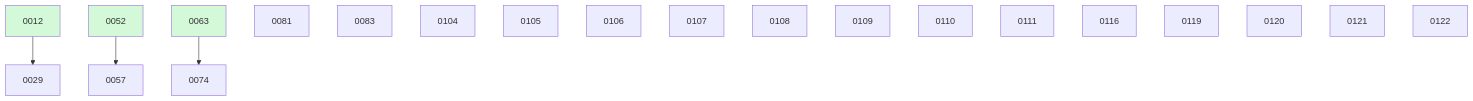
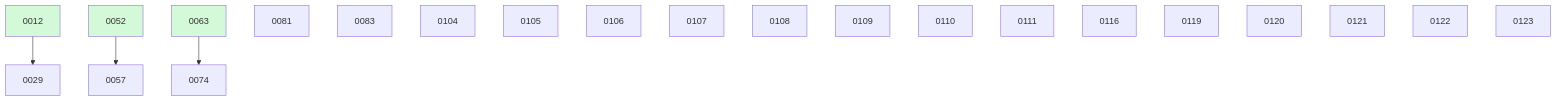
The diagram in docs/changes/BOARD.md (ethanhinson/fuse), drawn with Mermaid before and after one commit. The commit also changed other lines of this file and 1 other file, not shown here.

````diff
--- a/docs/changes/BOARD.md
+++ b/docs/changes/BOARD.md
@@ -38,25 +39,26 @@
 ```mermaid
 graph TD
   0012 --> 0029
   0052 --> 0057
   0063 --> 0074
   0081
   0083
   0104
   0105
   0106
   0107
   0108
   0109
   0110
   0111
   0116
   0119
   0120
   0121
   0122
+  0123
   0012:::done
   0052:::done
   0063:::done
   classDef done fill:#d3f9d8;
 ```
````
